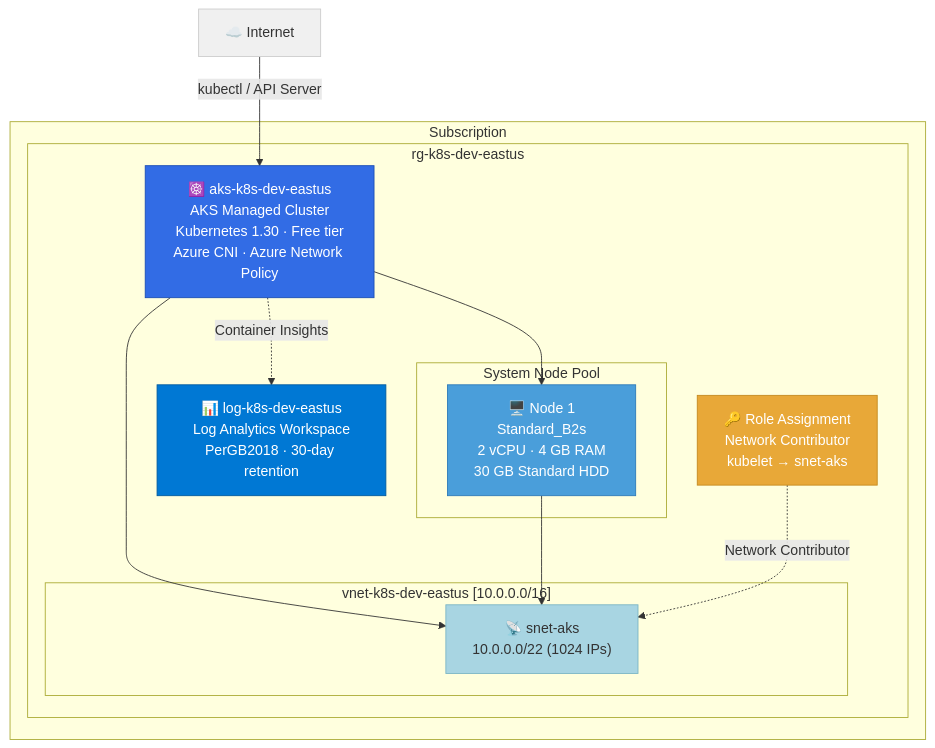
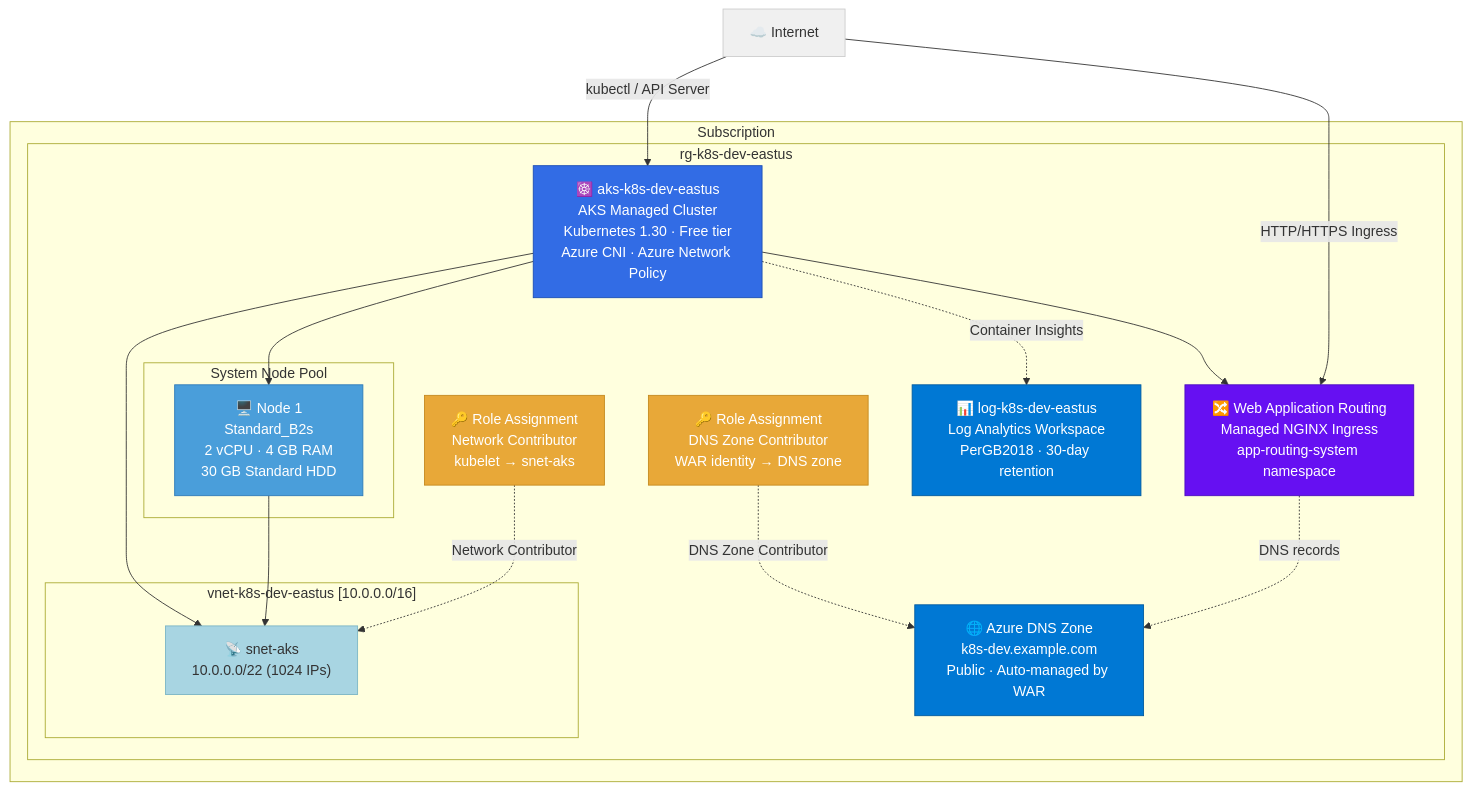
One commit to arnaudlh/git-ape changed the diagram in .azure/deployments/deploy-20260331-023740/architecture.md. Above: the diagram before and after it, drawn with Mermaid. The commit also changed other lines of this file and 2 other files, not shown here.

First line of the commit message:
Add Web Application Routing (managed NGINX ingress) with Azure DNS Zone and RBAC prerequisites

````diff
--- a/.azure/deployments/deploy-20260331-023740/architecture.md
+++ b/.azure/deployments/deploy-20260331-023740/architecture.md
@@ -10,34 +10,46 @@
 ```mermaid
 graph TB
     subgraph "Subscription"
         subgraph "rg-k8s-dev-eastus"
             LOG["📊 log-k8s-dev-eastus<br/>Log Analytics Workspace<br/>PerGB2018 · 30-day retention"]
+
+            DNS["🌐 Azure DNS Zone<br/>k8s-dev.example.com<br/>Public · Auto-managed by WAR"]
 
             subgraph "vnet-k8s-dev-eastus [10.0.0.0/16]"
                 SUBNET["📡 snet-aks<br/>10.0.0.0/22 (1024 IPs)"]
             end
 
             AKS["☸️ aks-k8s-dev-eastus<br/>AKS Managed Cluster<br/>Kubernetes 1.30 · Free tier<br/>Azure CNI · Azure Network Policy"]
 
+            WAR["🔀 Web Application Routing<br/>Managed NGINX Ingress<br/>app-routing-system namespace"]
+
             subgraph "System Node Pool"
                 NODE1["🖥️ Node 1<br/>Standard_B2s<br/>2 vCPU · 4 GB RAM<br/>30 GB Standard HDD"]
             end
 
-            RBAC["🔑 Role Assignment<br/>Network Contributor<br/>kubelet → snet-aks"]
+            RBAC1["🔑 Role Assignment<br/>Network Contributor<br/>kubelet → snet-aks"]
+            RBAC2["🔑 Role Assignment<br/>DNS Zone Contributor<br/>WAR identity → DNS zone"]
         end
     end
 
     Internet["☁️ Internet"] -->|"kubectl / API Server"| AKS
+    Internet -->|"HTTP/HTTPS Ingress"| WAR
     AKS --> SUBNET
     AKS --> NODE1
     NODE1 --> SUBNET
     AKS -.->|"Container Insights"| LOG
-    RBAC -.->|"Network Contributor"| SUBNET
+    AKS --> WAR
+    WAR -.->|"DNS records"| DNS
+    RBAC1 -.->|"Network Contributor"| SUBNET
+    RBAC2 -.->|"DNS Zone Contributor"| DNS
 
     style AKS fill:#326CE5,stroke:#1a4db5,color:#fff
+    style WAR fill:#6610f2,stroke:#4a0bbf,color:#fff
     style LOG fill:#0078D4,stroke:#005a9e,color:#fff
+    style DNS fill:#0078D4,stroke:#005a9e,color:#fff
     style SUBNET fill:#a8d5e2,stroke:#7ab5c5
     style NODE1 fill:#4a9eda,stroke:#2d7ab8,color:#fff
-    style RBAC fill:#e8a838,stroke:#c4891e,color:#fff
+    style RBAC1 fill:#e8a838,stroke:#c4891e,color:#fff
+    style RBAC2 fill:#e8a838,stroke:#c4891e,color:#fff
     style Internet fill:#f0f0f0,stroke:#ccc
 ```
````
